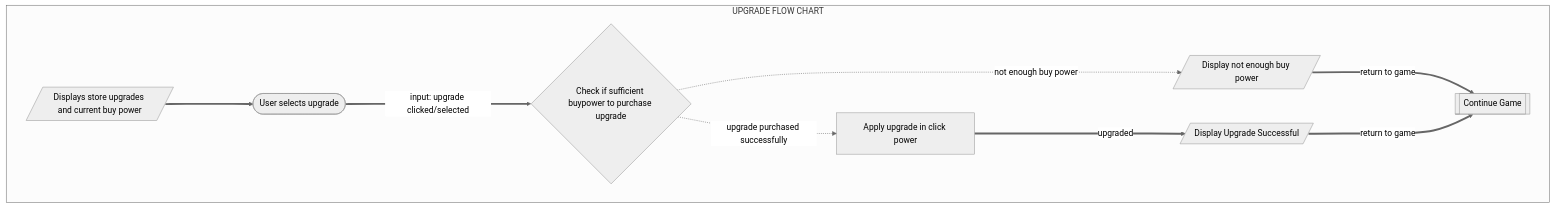
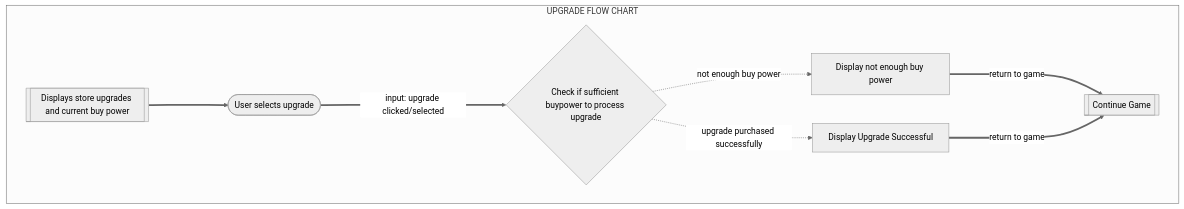
Before and after one commit to kaesotiric/money_clicker_game: the second of 2 diagrams in flows.md, drawn with Mermaid (neutral theme). The commit also changed other lines of this file and 11 other files, not shown here.

Commit message:
FIXED PHASE 1 FLOWCHART

````diff
--- a/flows.md
+++ b/flows.md
@@ -29,19 +29,19 @@
 ```mermaid
 flowchart TD
     subgraph UPGRADE FLOW CHART
-        display[/Displays store upgrades and current buy power/]
+        display[[Displays store upgrades and current buy power]]
         selectUpgrade([User selects upgrade])
-        errorDisplay[/Display not enough buy power/]
+        errorDisplay[Display not enough buy power]
         continueGame[[Continue Game]]
-        display-result{Check if sufficient buypower to purchase upgrade}
-        purchase[Apply upgrade in click power]
-        upgraded[/Display Upgrade Successful/]
+        display-result{Check if sufficient buypower to process upgrade}
+%%        purchase[Apply upgrade in click power]
+        upgraded[Display Upgrade Successful]
         display===> selectUpgrade
         selectUpgrade == input: upgrade clicked/selected ===> display-result
-        display-result -. upgrade purchased successfully .-> purchase
+        display-result -. upgrade purchased successfully .-> upgraded
         display-result -. not enough buy power .-> errorDisplay
         errorDisplay== return to game ===>continueGame
-        purchase== upgraded ===>upgraded
+%%        purchase== upgraded ===>upgraded
         upgraded== return to game ===>continueGame
     end
 ```
````
